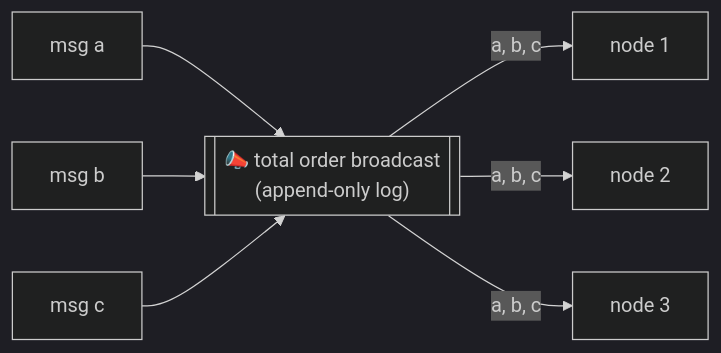
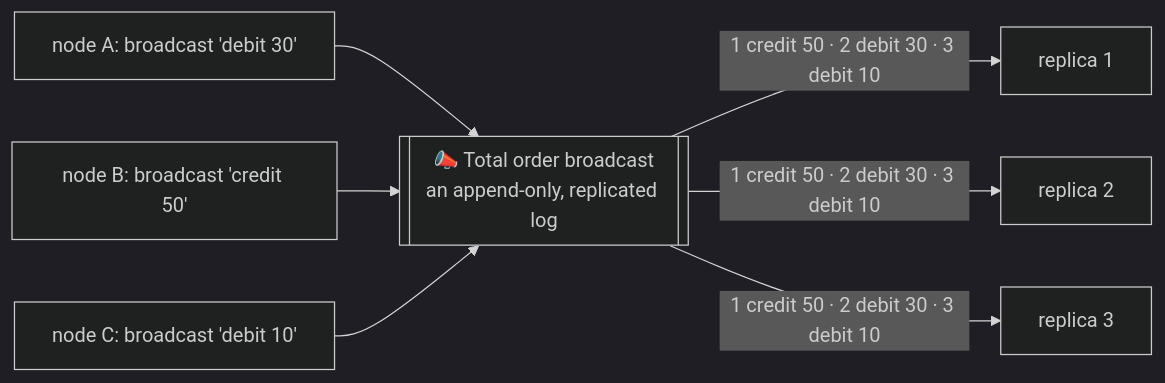
Diagram 19 of 40 in docs/chapters/part-2/09-consistency-consensus.mdx (pratikguru998/ddia-book), drawn with Mermaid (dark theme) before and after one commit. The commit also changed other lines of this file and 13 other files, not shown here.

Commit message:
Expand all 12 chapters: every book subsection, deeper notes, ~320 diagrams

````diff
--- a/docs/chapters/part-2/09-consistency-consensus.mdx
+++ b/docs/chapters/part-2/09-consistency-consensus.mdx
@@ -151,9 +621,9 @@
 ```mermaid
 flowchart LR
-  M1["msg a"] --> TOB[["📣 total order broadcast<br/>(append-only log)"]]
-  M2["msg b"] --> TOB
-  M3["msg c"] --> TOB
-  TOB -->|"a, b, c"| N1["node 1"]
-  TOB -->|"a, b, c"| N2["node 2"]
-  TOB -->|"a, b, c"| N3["node 3"]
+  P1["node A: broadcast 'debit 30'"] --> TOB[["📣 Total order broadcast<br/>an append-only, replicated log"]]
+  P2["node B: broadcast 'credit 50'"] --> TOB
+  P3["node C: broadcast 'debit 10'"] --> TOB
+  TOB -->|"1 credit 50 · 2 debit 30 · 3 debit 10"| R1["replica 1"]
+  TOB -->|"1 credit 50 · 2 debit 30 · 3 debit 10"| R2["replica 2"]
+  TOB -->|"1 credit 50 · 2 debit 30 · 3 debit 10"| R3["replica 3"]
 ```
````
